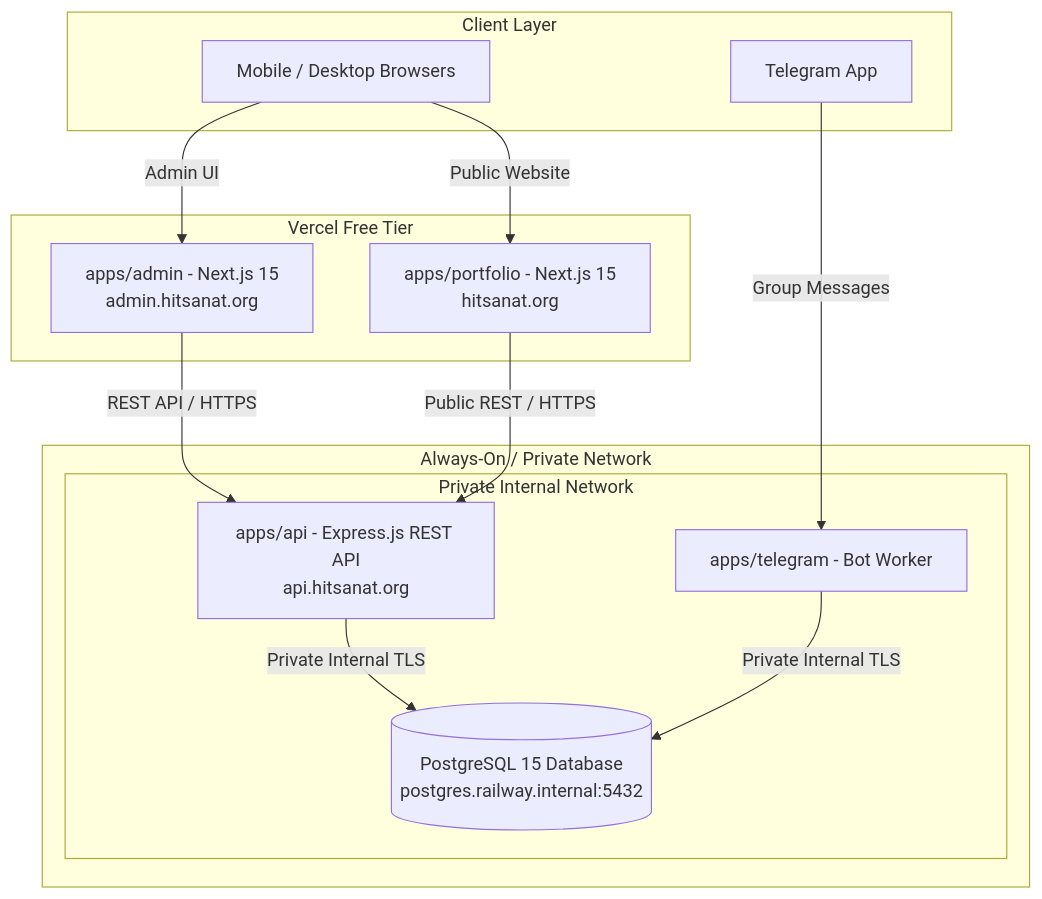
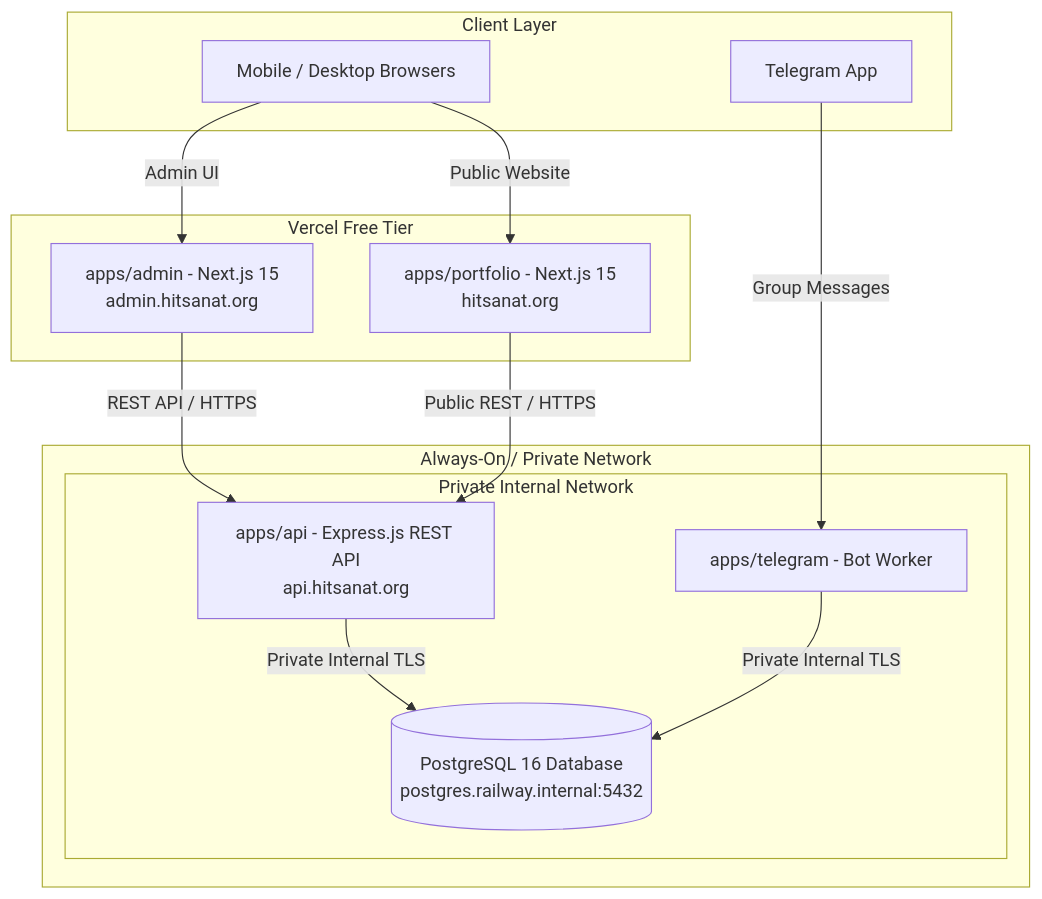
Before and after one commit to Hitsanat-Kfl/hitsanat: the diagram in docs/architecture/deployment-architecture.md, drawn with Mermaid. The commit also changed other lines of this file and 59 other files, not shown here.

````diff
--- a/docs/architecture/deployment-architecture.md
+++ b/docs/architecture/deployment-architecture.md
@@ -14,28 +14,28 @@
 ```mermaid
 graph TD
     subgraph Client Layer
         BrowserMobile[Mobile / Desktop Browsers]
         TelegramClient[Telegram App]
     end
 
     subgraph Vercel Edge Network [Vercel Free Tier]
         AdminApp[apps/admin - Next.js 15<br/>admin.hitsanat.org]
         PortfolioApp[apps/portfolio - Next.js 15<br/>hitsanat.org]
     end
 
     subgraph Railway Project Canvas [Always-On / Private Network]
         subgraph Private Internal Network
             ApiServer[apps/api - Express.js REST API<br/>api.hitsanat.org]
             TelegramWorker[apps/telegram - Bot Worker]
-            PostgresDB[(PostgreSQL 15 Database<br/>postgres.railway.internal:5432)]
+            PostgresDB[(PostgreSQL 16 Database<br/>postgres.railway.internal:5432)]
         end
     end
 
     BrowserMobile -->|Admin UI| AdminApp
     BrowserMobile -->|Public Website| PortfolioApp
     AdminApp -->|REST API / HTTPS| ApiServer
     PortfolioApp -->|Public REST / HTTPS| ApiServer
     ApiServer -->|Private Internal TLS| PostgresDB
     TelegramWorker -->|Private Internal TLS| PostgresDB
     TelegramClient -->|Group Messages| TelegramWorker
 ```
````
